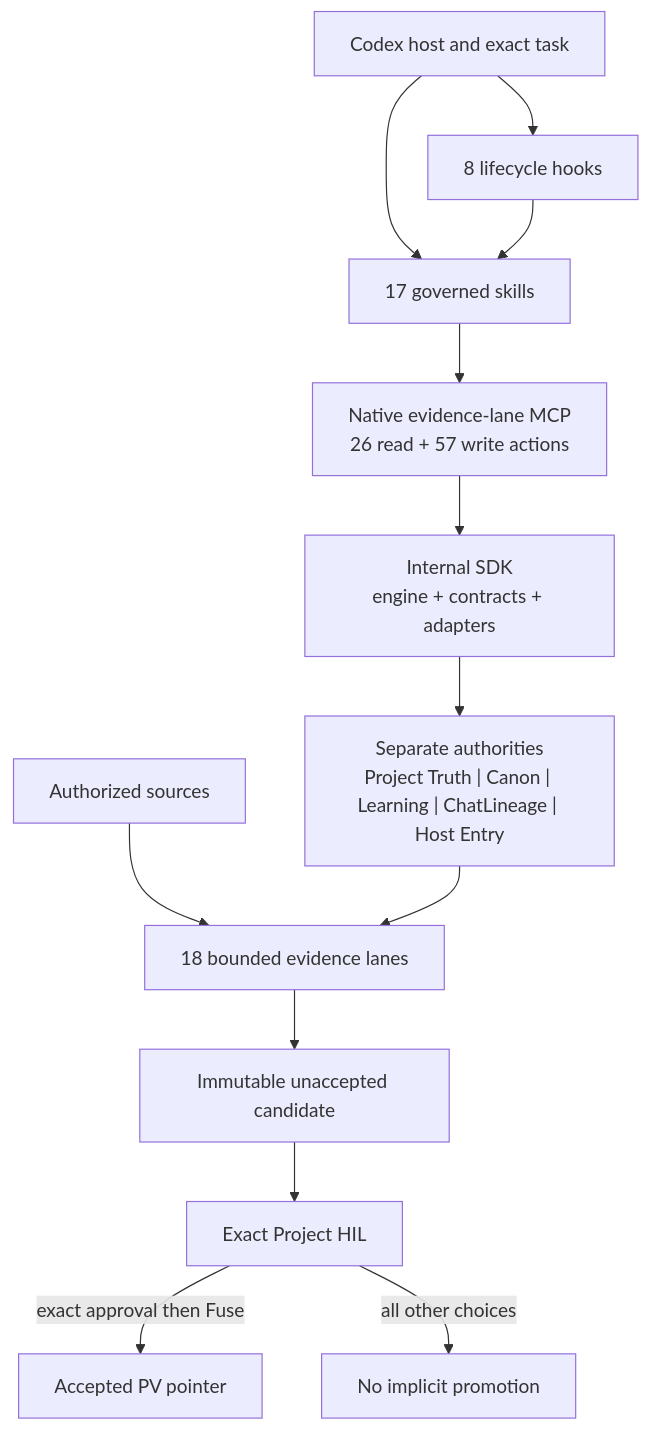
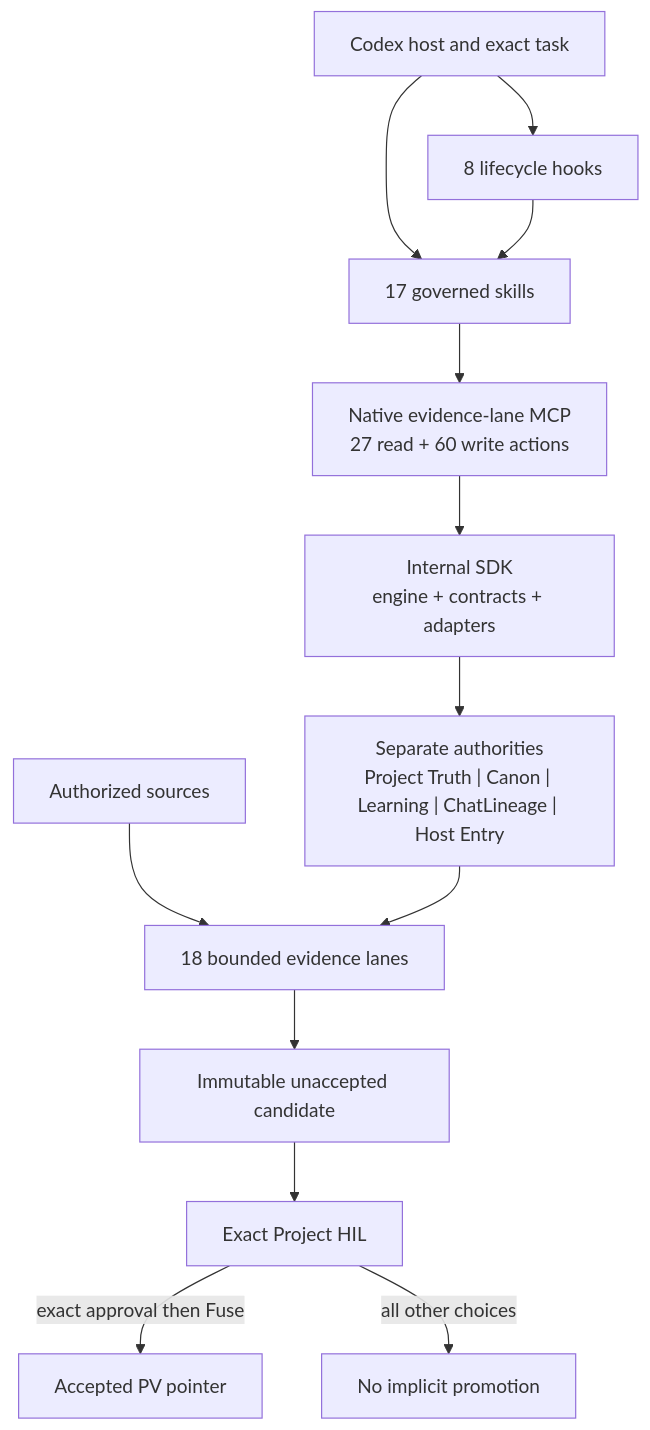
Before and after one commit to rathee000001/evidence_lane_plugin: the diagram in README.md, drawn with Mermaid. The commit also changed other lines of this file and 139 other files, not shown here.

Commit message:
feat: deliver Evidence Lane v3.0 systemwide refresh

````diff
--- a/README.md
+++ b/README.md
@@ -176,15 +185,15 @@
 ```mermaid
 flowchart TD
     Host["Codex host and exact task"] --> Hooks["8 lifecycle hooks"]
     Host --> Skills["17 governed skills"]
     Hooks --> Skills
-    Skills --> MCP["Native evidence-lane MCP<br/>26 read + 57 write actions"]
+    Skills --> MCP["Native evidence-lane MCP<br/>27 read + 60 write actions"]
     MCP --> SDK["Internal SDK<br/>engine + contracts + adapters"]
     SDK --> Authorities["Separate authorities<br/>Project Truth | Canon | Learning | ChatLineage | Host Entry"]
     Sources["Authorized sources"] --> Lanes["18 bounded evidence lanes"]
     Authorities --> Lanes
     Lanes --> Candidate["Immutable unaccepted candidate"]
     Candidate --> HIL["Exact Project HIL"]
     HIL -->|"exact approval then Fuse"| Pointer["Accepted PV pointer"]
     HIL -->|"all other choices"| NoPromotion["No implicit promotion"]
 ```
````
